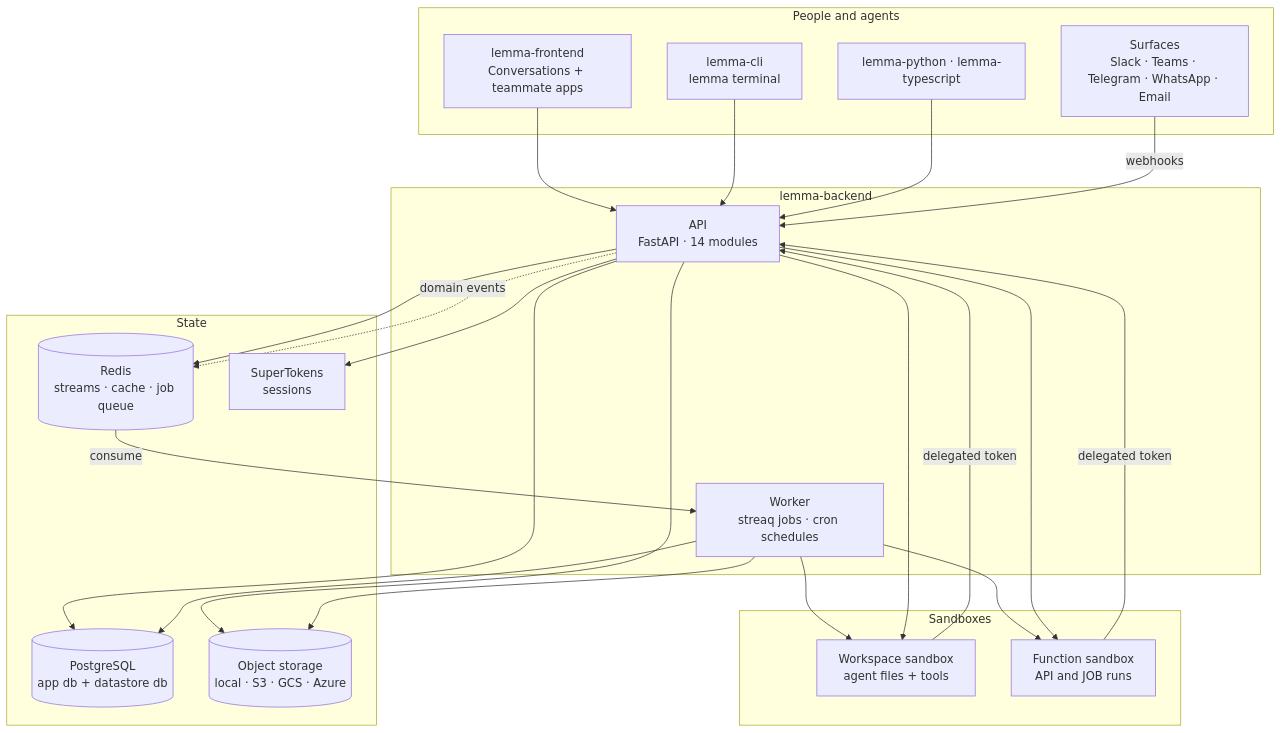
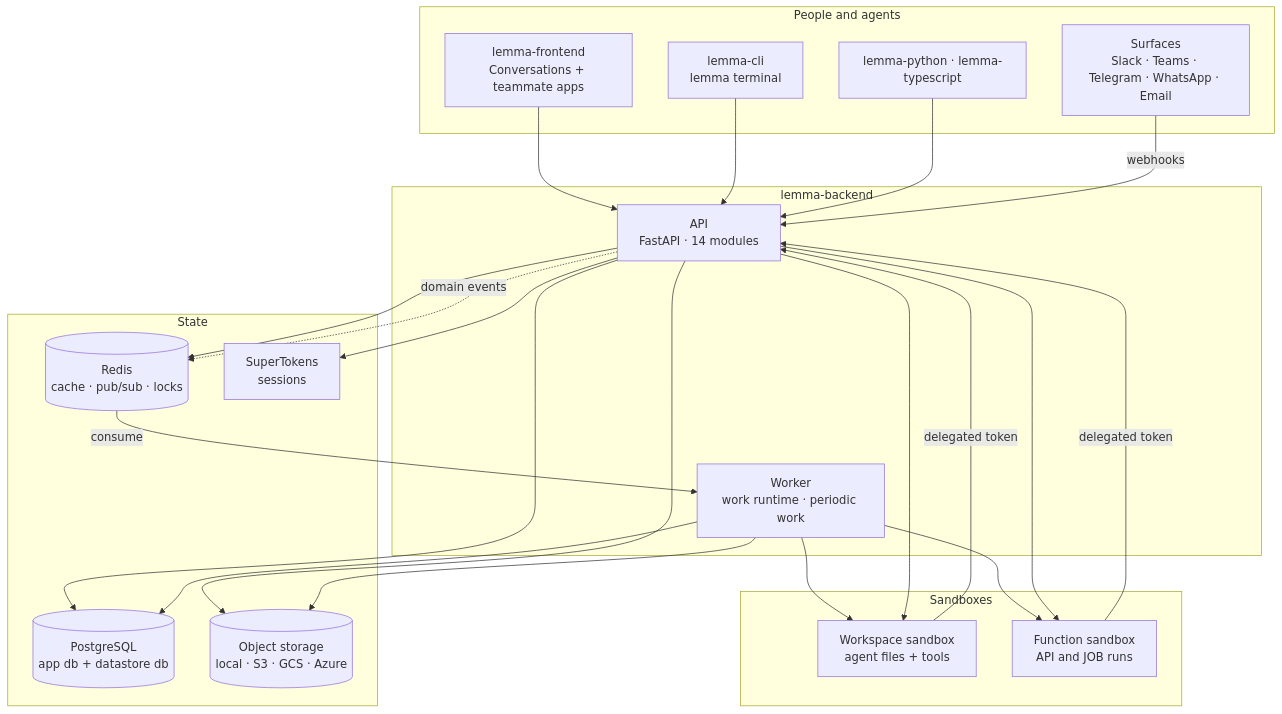
The first of 2 diagrams in ARCHITECTURE.md (brainsparker/lemma-platform), drawn with Mermaid before and after one commit. The commit also changed other lines of this file and 36 other files, not shown here.

First line of the commit message:
Docs and deploy config for the work runtime without the old transport

````diff
--- a/ARCHITECTURE.md
+++ b/ARCHITECTURE.md
@@ -33,46 +33,46 @@
 ```mermaid
 flowchart TB
     subgraph clients["People and agents"]
         WEB["lemma-frontend<br/>Conversations + teammate apps"]
         CLI["lemma-cli<br/>lemma terminal"]
         SURF["Surfaces<br/>Slack · Teams · Telegram · WhatsApp · Email"]
         SDK["lemma-python · lemma-typescript"]
     end
 
     subgraph backend["lemma-backend"]
         API["API<br/>FastAPI · 14 modules"]
-        WORKER["Worker<br/>streaq jobs · cron schedules"]
+        WORKER["Worker<br/>work runtime · periodic work"]
     end
 
     subgraph state["State"]
         PG[("PostgreSQL<br/>app db + datastore db")]
-        REDIS[("Redis<br/>streams · cache · job queue")]
+        REDIS[("Redis<br/>cache · pub/sub · locks")]
         OBJ[("Object storage<br/>local · S3 · GCS · Azure")]
         ST["SuperTokens<br/>sessions"]
     end
 
     subgraph sandbox["Sandboxes"]
         WS["Workspace sandbox<br/>agent files + tools"]
         FN["Function sandbox<br/>API and JOB runs"]
     end
 
     WEB --> API
     CLI --> API
     SDK --> API
     SURF -->|webhooks| API
 
     API --> PG
     API --> REDIS
     API --> OBJ
     API --> ST
     API -.->|domain events| REDIS
     REDIS -->|consume| WORKER
     WORKER --> PG
     WORKER --> OBJ
     WORKER --> WS
     WORKER --> FN
     API --> WS
     API --> FN
     WS -->|delegated token| API
     FN -->|delegated token| API
 ```
````
